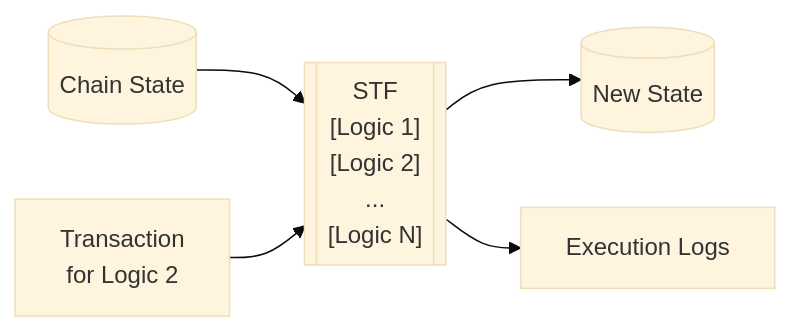
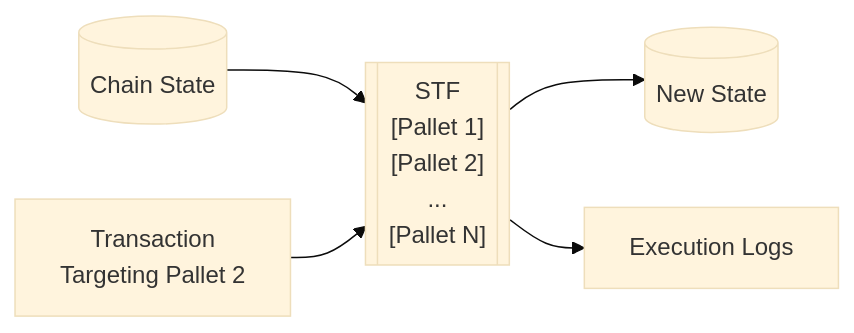
The second of 4 diagrams in develop/smart-contracts/overview.md (polkadot-developers/polkadot-docs), drawn with Mermaid (base theme) before and after one commit. The commit also changed other lines of this file, not shown here.

Commit message:
improve mermaids

````diff
--- a/develop/smart-contracts/overview.md
+++ b/develop/smart-contracts/overview.md
@@ -44,7 +49,7 @@
 ``` mermaid
 flowchart LR
-    A[(Chain State)] --> B[["STF<br/>[Logic 1]<br/>[Logic 2]<br/>...<br/>[Logic N]"]]
-    C[Transaction<br/>for Logic 2] --> B
+    A[(Chain State)] --> B[["STF<br/>[Pallet 1]<br/>[Pallet 2]<br/>...<br/>[Pallet N]"]]
+    C[Transaction<br/>Targeting Pallet 2] --> B
     B --> E[(New State)]
     B --> F[Execution Logs]
 ```
````
